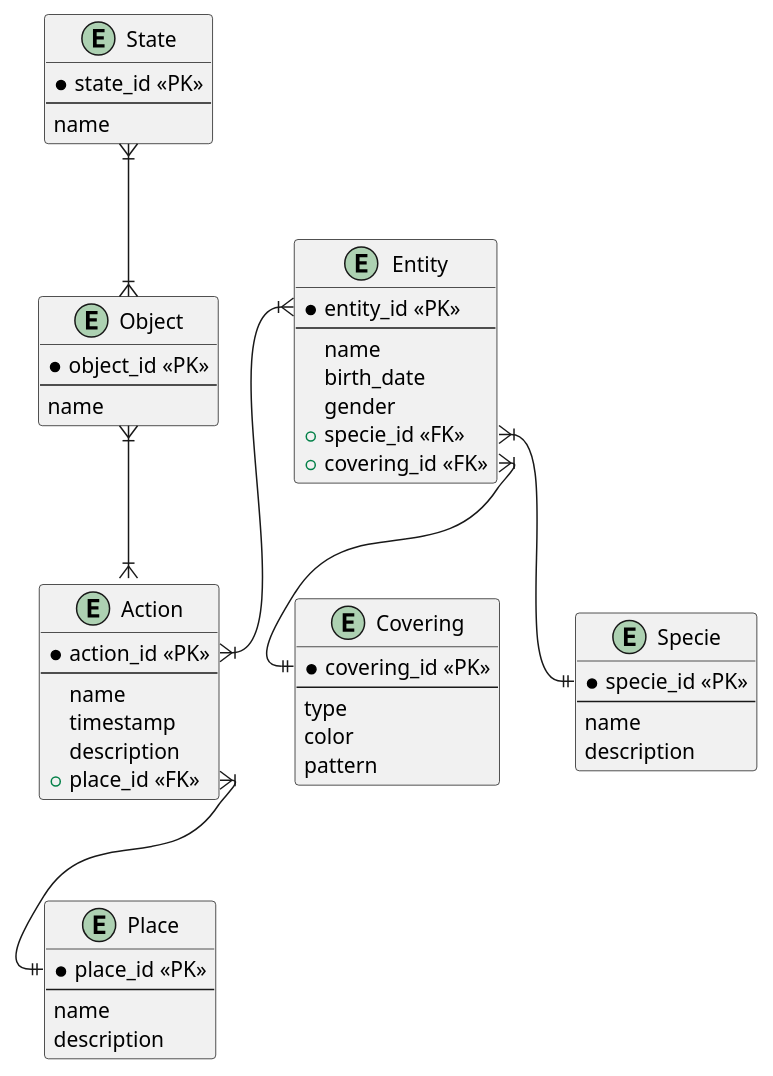
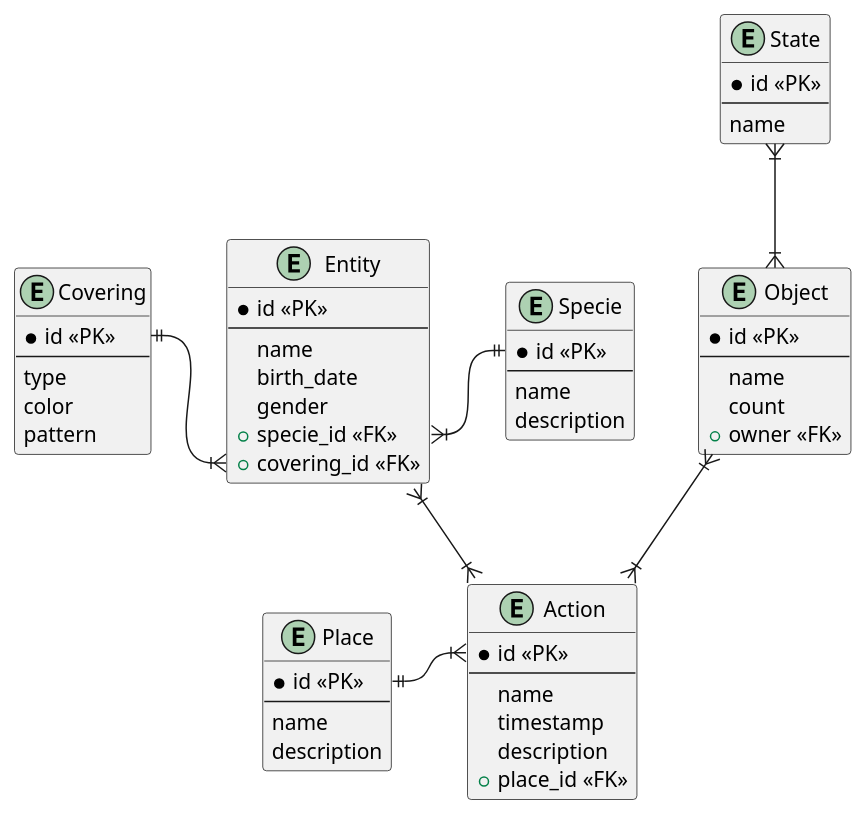
One commit to MrDvD/itmo_labs changed the diagram in databases/1/er-info.puml. Above: the diagram before and after it, drawn with PlantUML. The commit also changed 2 other files, not shown here.

Commit message:
feat: changed diagrams + started writing script

```diff
--- a/databases/1/er-info.puml
+++ b/databases/1/er-info.puml
@@ -1,61 +1,63 @@
 @startuml name
 entity Entity {
-   * entity_id «PK»
+   * id «PK»
    ---
    name
    birth_date
    gender
    + specie_id «FK»
    + covering_id «FK»
 }
 
 entity Covering {
-   * covering_id «PK»
+   * id «PK»
    ---
    type
    color
    pattern
 }
 
 entity Action {
-   * action_id «PK»
+   * id «PK»
    ---
    name
    timestamp
    description
    + place_id «FK»
 }
 
 entity Place {
-   * place_id «PK»
+   * id «PK»
    ---
    name
    description
 }
 
 entity Object {
-   * object_id «PK»
+   * id «PK»
    ---
    name
+   count
+   + owner «FK»
 }
 
 entity State {
-   * state_id «PK»
+   * id «PK»
    ---
    name
 }
 
 entity Specie {
-   * specie_id «PK»
+   * id «PK»
    ---
    name
    description
 }
 
-Entity::specie_id }|--|| Specie::specie_id
-Entity::covering_id }|--|| Covering::covering_id
-Entity::entity_id }|--|{ Action::action_id
+Entity::covering_id }|-l-|| Covering::id
+Entity::specie_id }|-r-|| Specie::id
+Entity }|--|{ Action
 State }|--|{ Object
-Action::place_id }|--|| Place::place_id
+Action::id }|-l-|| Place::id
 Object }|--|{ Action
 @enduml
```
